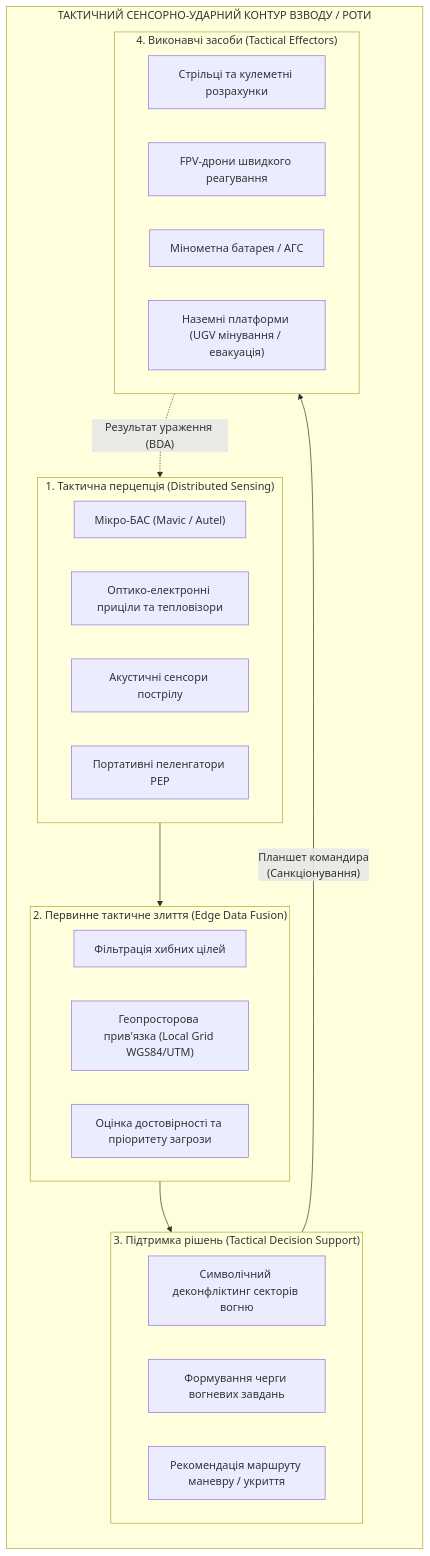
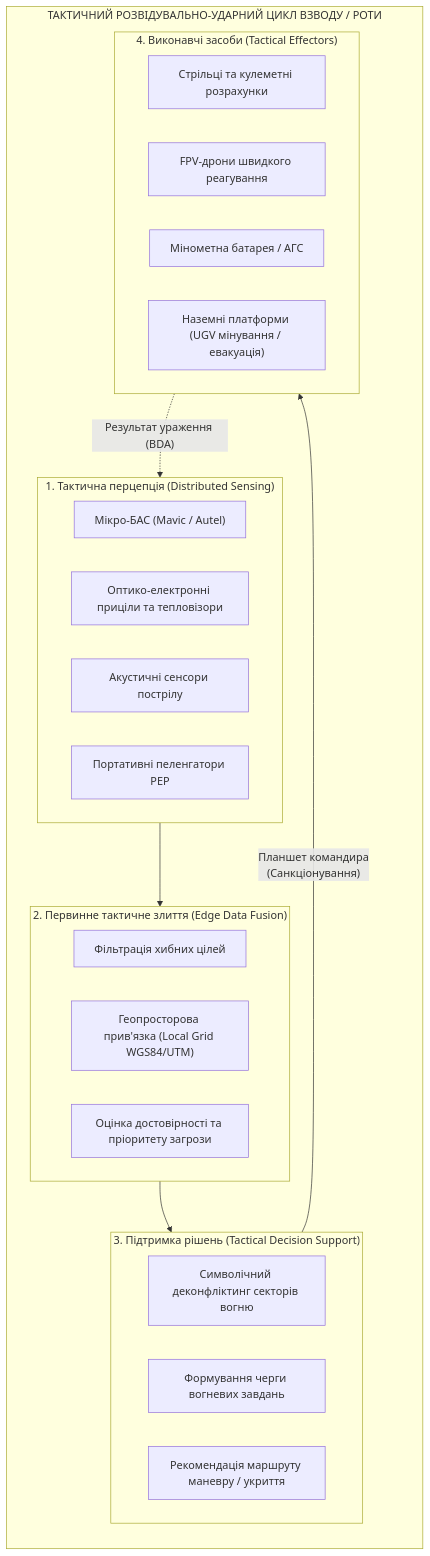
Before and after one commit to nick-fedchik/articles: the first of 3 diagrams in MilTech/Military-Cybernetics-Tactical-Level-UA.md, drawn with Mermaid. The commit also changed other lines of this file and 10 other files, not shown here.

````diff
--- a/MilTech/Military-Cybernetics-Tactical-Level-UA.md
+++ b/MilTech/Military-Cybernetics-Tactical-Level-UA.md
@@ -22,36 +22,36 @@
 ```mermaid
 flowchart TD
-    subgraph TacticalCycle["ТАКТИЧНИЙ СЕНСОРНО-УДАРНИЙ КОНТУР ВЗВОДУ / РОТИ"]
+    subgraph TacticalCycle["ТАКТИЧНИЙ РОЗВІДУВАЛЬНО-УДАРНИЙ ЦИКЛ ВЗВОДУ / РОТИ"]
         direction TB
         subgraph Sense["1. Тактична перцепція (Distributed Sensing)"]
             S1["Мікро-БАС (Mavic / Autel)"]
             S2["Оптико-електронні приціли та тепловізори"]
             S3["Акустичні сенсори пострілу"]
             S4["Портативні пеленгатори РЕР"]
         end
 
         subgraph Fuse["2. Первинне тактичне злиття (Edge Data Fusion)"]
             F1["Фільтрація хибних цілей"]
             F2["Геопросторова прив'язка (Local Grid WGS84/UTM)"]
             F3["Оцінка достовірності та пріоритету загрози"]
         end
 
         subgraph Decide["3. Підтримка рішень (Tactical Decision Support)"]
             D1["Символічний деконфліктинг секторів вогню"]
             D2["Формування черги вогневих завдань"]
             D3["Рекомендація маршруту маневру / укриття"]
         end
 
         subgraph Act["4. Виконавчі засоби (Tactical Effectors)"]
             A1["Стрільці та кулеметні розрахунки"]
             A2["FPV-дрони швидкого реагування"]
             A3["Мінометна батарея / АГС"]
             A4["Наземні платформи (UGV мінування / евакуація)"]
         end
 
         Sense --> Fuse
         Fuse --> Decide
         Decide -->|"Планшет командира\n(Санкціонування)"| Act
         Act -.->|"Результат ураження (BDA)"| Sense
     end
 ```
````
